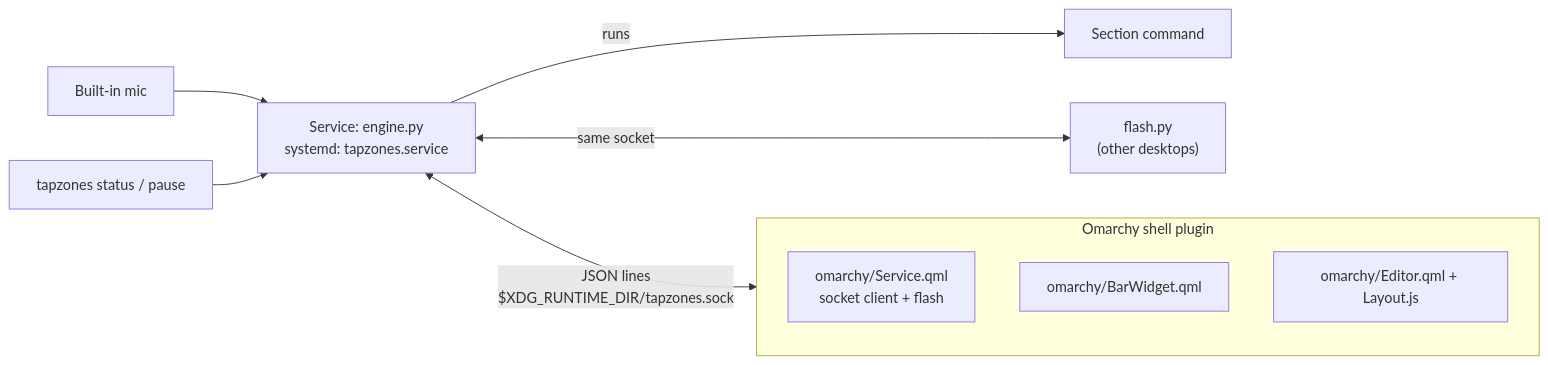
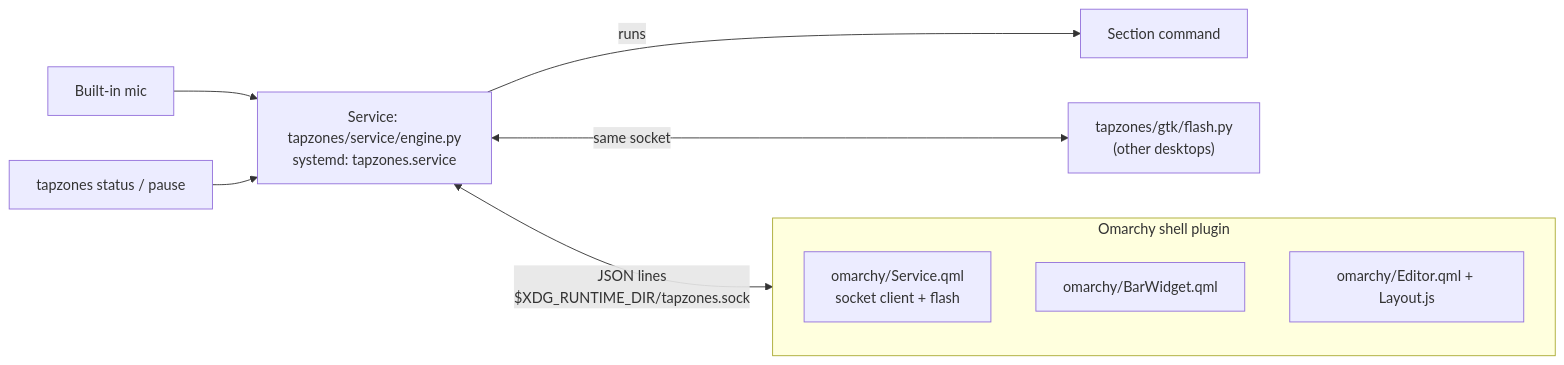
One commit to Meshwa428/tapzone changed the diagram in docs/Omarchy plugin.md. Above: the diagram before and after it, drawn with Mermaid. The commit also changed other lines of this file and 54 other files, not shown here.

````diff
--- a/docs/Omarchy plugin.md
+++ b/docs/Omarchy plugin.md
@@ -23,13 +23,13 @@
 ```mermaid
 graph LR
-  mic[Built-in mic] --> engine["Service: engine.py<br/>systemd: tapzones.service"]
+  mic[Built-in mic] --> engine["Service: tapzones/service/engine.py<br/>systemd: tapzones.service"]
   engine -- "runs" --> cmd[Section command]
   engine <-- "JSON lines<br/>$XDG_RUNTIME_DIR/tapzones.sock" --> plugin
   subgraph plugin [Omarchy shell plugin]
     svc[omarchy/Service.qml<br/>socket client + flash]
     bar[omarchy/BarWidget.qml]
     ed[omarchy/Editor.qml + Layout.js]
   end
-  engine <-- "same socket" --> gtk["flash.py<br/>(other desktops)"]
+  engine <-- "same socket" --> gtk["tapzones/gtk/flash.py<br/>(other desktops)"]
   cli["tapzones status / pause"] --> engine
 ```
````
